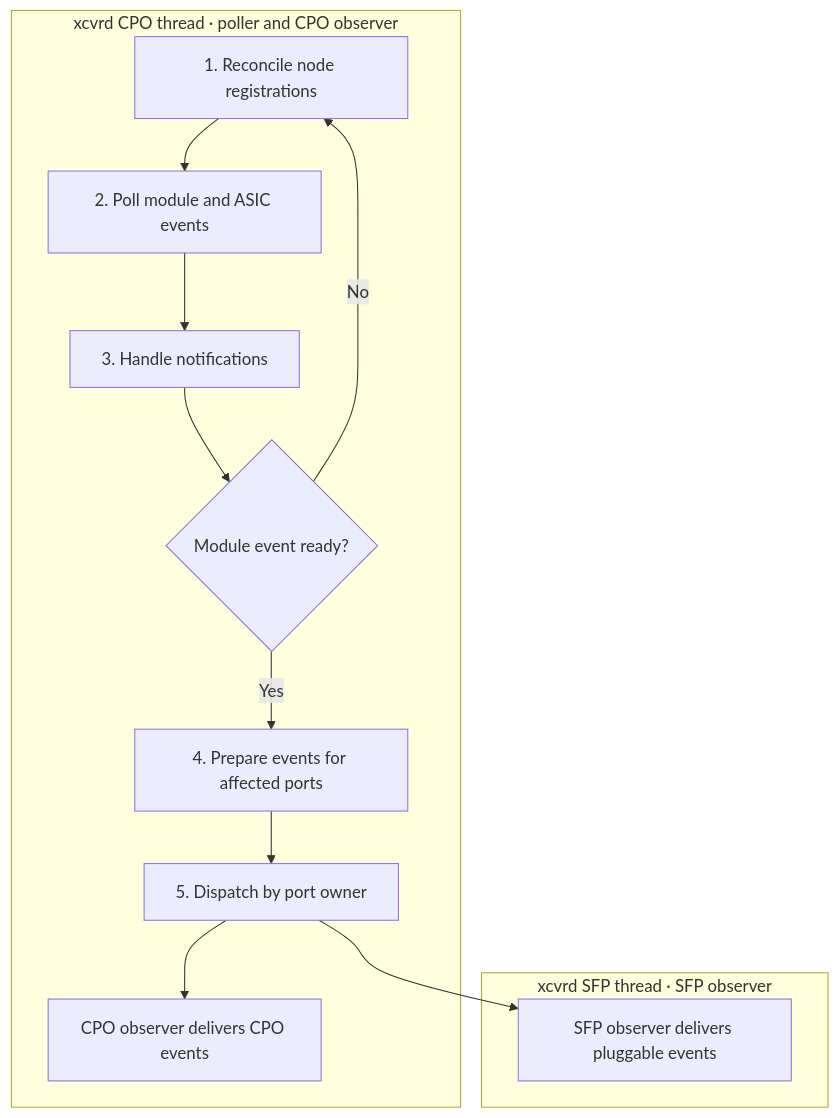
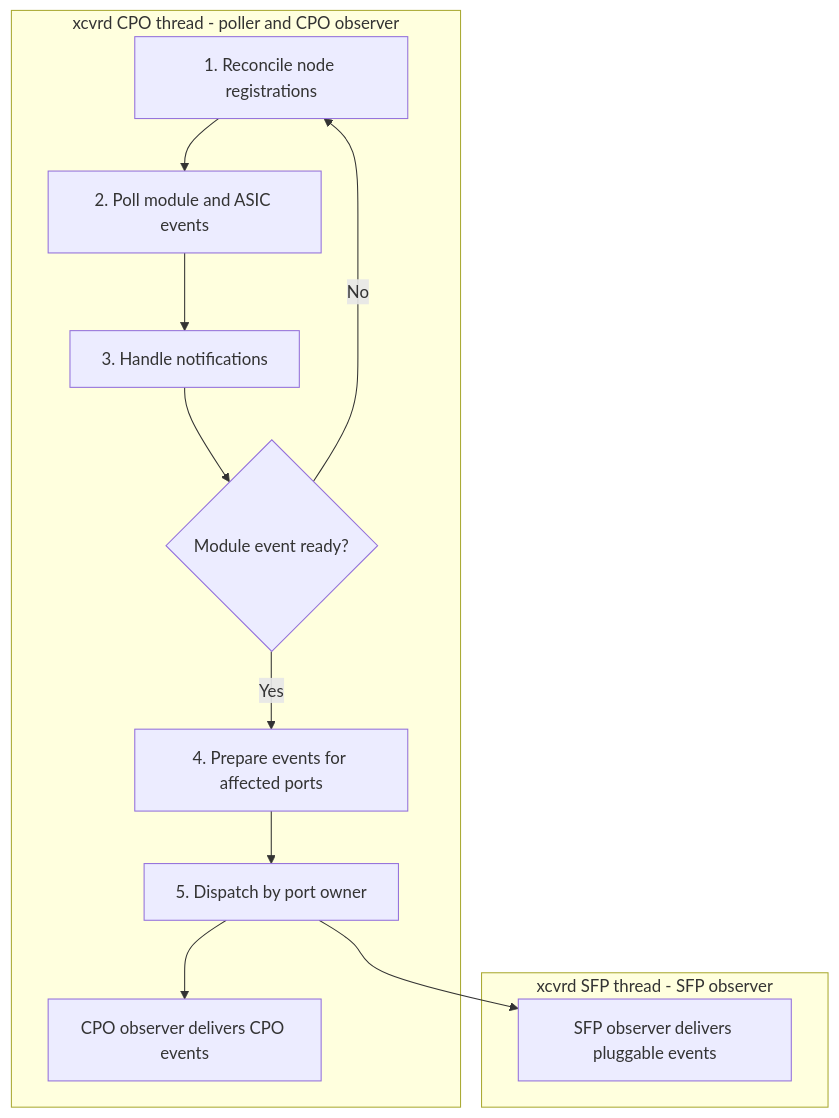
The second of 3 diagrams in doc/module-change-event-refactor/module-change-event-refactor-hld.md (sonic-net/SONiC), drawn with Mermaid before and after one commit. The commit also changed other lines of this file, not shown here.

Commit message:
fix the current flow chart

````diff
--- a/doc/module-change-event-refactor/module-change-event-refactor-hld.md
+++ b/doc/module-change-event-refactor/module-change-event-refactor-hld.md
@@ -112,16 +124,16 @@
 ```mermaid
 flowchart TB
-    subgraph CPO["xcvrd CPO thread · poller and CPO observer"]
-        REGISTER["1. Reconcile node registrations"] --> POLL["2. Poll module and ASIC events"]
-        POLL --> HANDLE["3. Handle notifications"]
-        HANDLE --> OUTCOME{"Module event ready?"}
-        OUTCOME -->|Yes| PREPARE["4. Prepare events for affected ports"]
-        OUTCOME -->|No| REGISTER
-        PREPARE --> DISPATCH["5. Dispatch by port owner"]
-        DISPATCH --> CPO_OBSERVER["CPO observer delivers CPO events"]
+    subgraph sfp_obs_thr[xcvrd SFP thread - SFP observer]
+        sfp_observer[SFP observer delivers pluggable events]
     end
-    subgraph SFP["xcvrd SFP thread · SFP observer"]
-        SFP_OBSERVER["SFP observer delivers pluggable events"]
+    subgraph cpo_poll_thr[xcvrd CPO thread - poller and CPO observer]
+        register[1. Reconcile node registrations] --> poll[2. Poll module and ASIC events]
+        poll --> handle[3. Handle notifications]
+        handle --> outcome{Module event ready?}
+        outcome -->|Yes| prepare[4. Prepare events for affected ports]
+        outcome -->|No| register
+        prepare --> dispatch[5. Dispatch by port owner]
+        dispatch --> cpo_observer[CPO observer delivers CPO events]
+        dispatch --> sfp_observer
     end
-    DISPATCH --> SFP_OBSERVER
 ```
````
